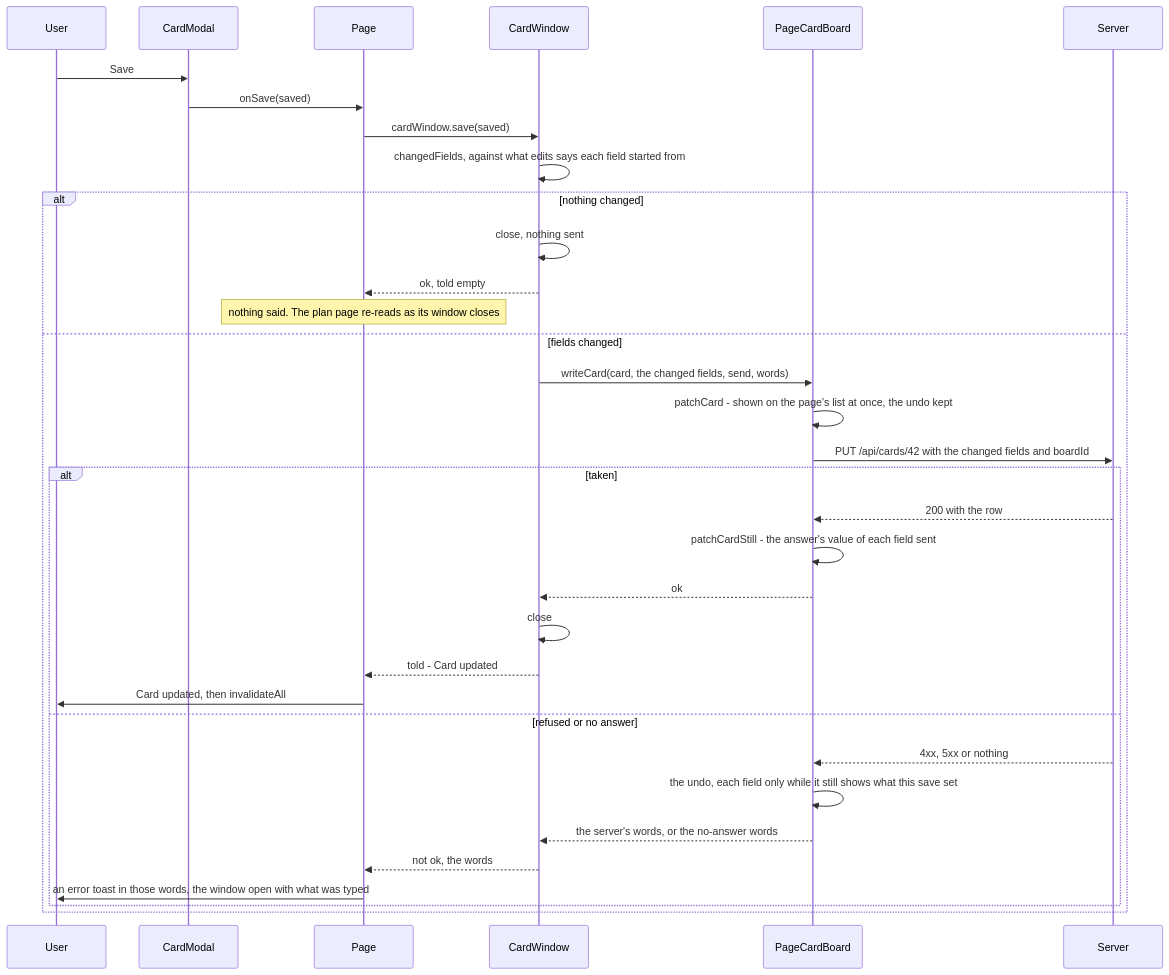
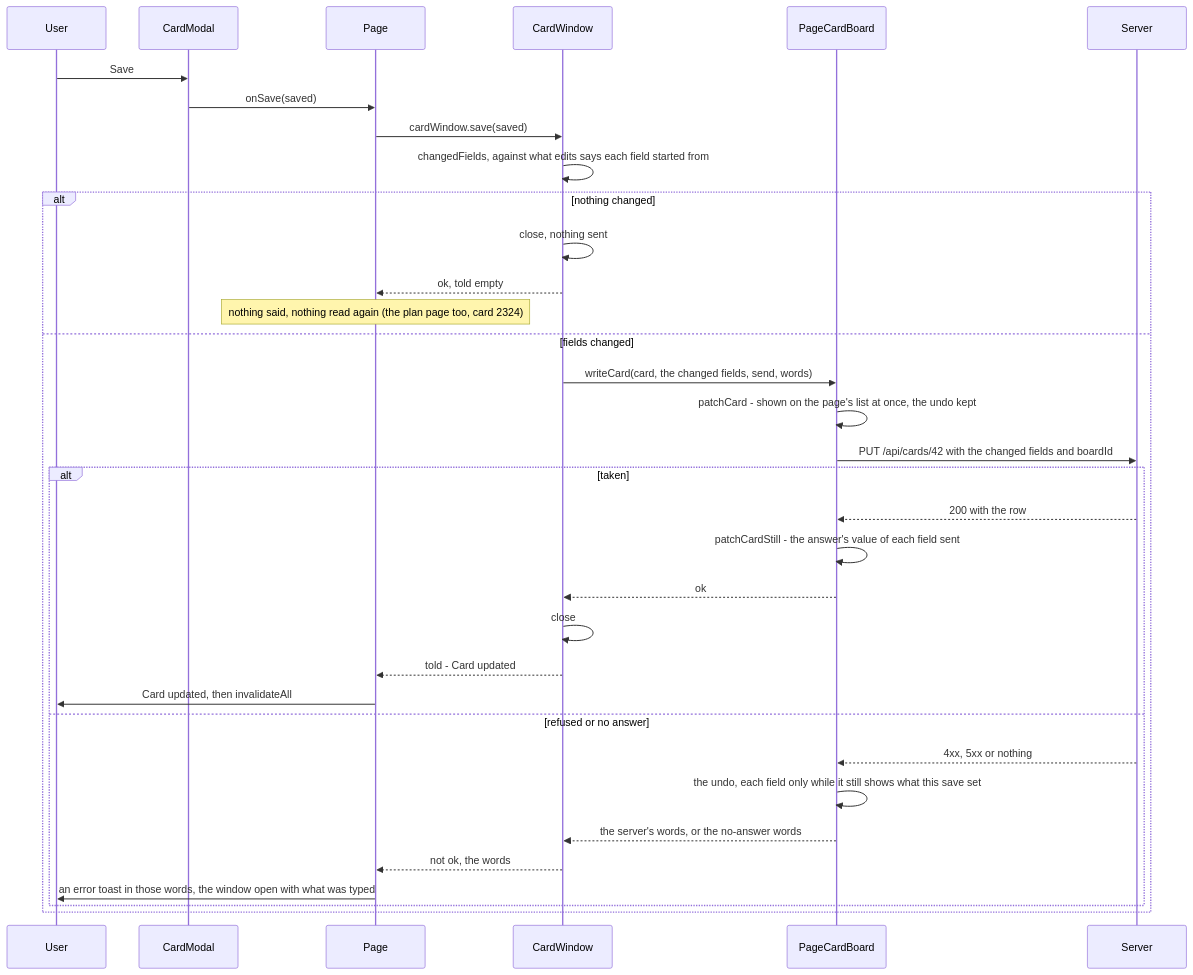
Diagram 19 of 29 in docs/architecture.md (gitBoon/DumpFire), drawn with Mermaid before and after one commit. The commit also changed other lines of this file and 21 other files, not shown here.

````diff
--- a/docs/architecture.md
+++ b/docs/architecture.md
@@ -1226,36 +1226,36 @@
 ```mermaid
 sequenceDiagram
     participant U as User
     participant M as CardModal
     participant P as Page
     participant W as CardWindow
     participant A as PageCardBoard
     participant S as Server
     U->>M: Save
     M->>P: onSave(saved)
     P->>W: cardWindow.save(saved)
     W->>W: changedFields, against what edits says each field started from
     alt nothing changed
         W->>W: close, nothing sent
         W-->>P: ok, told empty
-        Note over P: nothing said. The plan page re-reads as its window closes
+        Note over P: nothing said, nothing read again (the plan page too, card 2324)
     else fields changed
         W->>A: writeCard(card, the changed fields, send, words)
         A->>A: patchCard - shown on the page's list at once, the undo kept
         A->>S: PUT /api/cards/42 with the changed fields and boardId
         alt taken
             S-->>A: 200 with the row
             A->>A: patchCardStill - the answer's value of each field sent
             A-->>W: ok
             W->>W: close
             W-->>P: told - Card updated
             P->>U: Card updated, then invalidateAll
         else refused or no answer
             S-->>A: 4xx, 5xx or nothing
             A->>A: the undo, each field only while it still shows what this save set
             A-->>W: the server's words, or the no-answer words
             W-->>P: not ok, the words
             P->>U: an error toast in those words, the window open with what was typed
         end
     end
 ```
````
